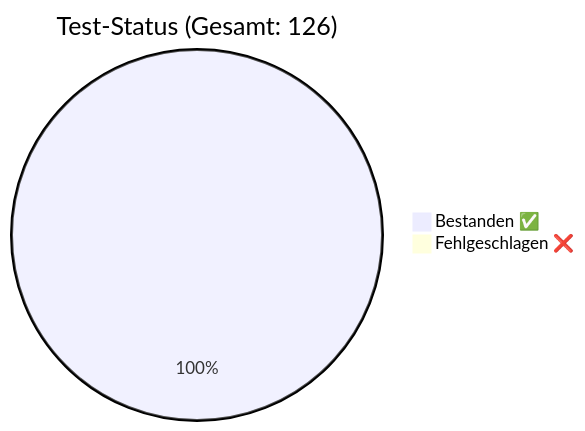
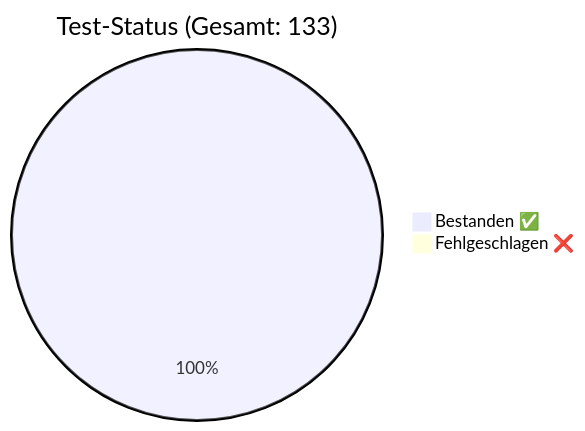
The diagram in docs/QA_Report.md (rorila/GCS), drawn with Mermaid before and after one commit. The commit also changed other lines of this file and 9 other files, not shown here.

````diff
--- a/docs/QA_Report.md
+++ b/docs/QA_Report.md
@@ -7,5 +7,5 @@
 ```mermaid
-pie title Test-Status (Gesamt: 126)
-    "Bestanden ✅" : 126
+pie title Test-Status (Gesamt: 133)
+    "Bestanden ✅" : 133
     "Fehlgeschlagen ❌" : 0
 ```
````
